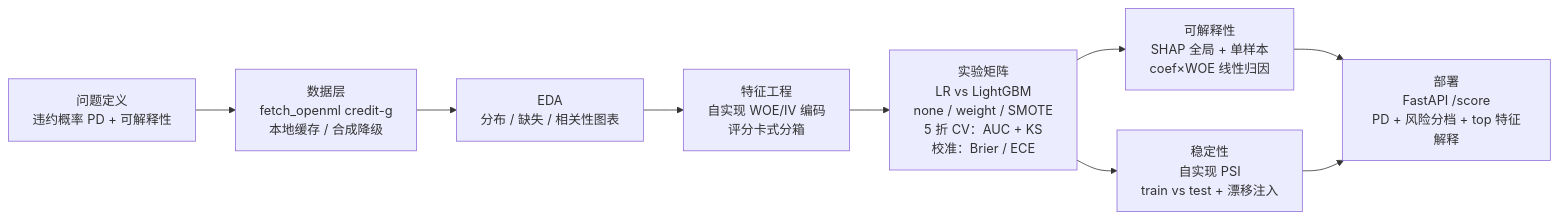
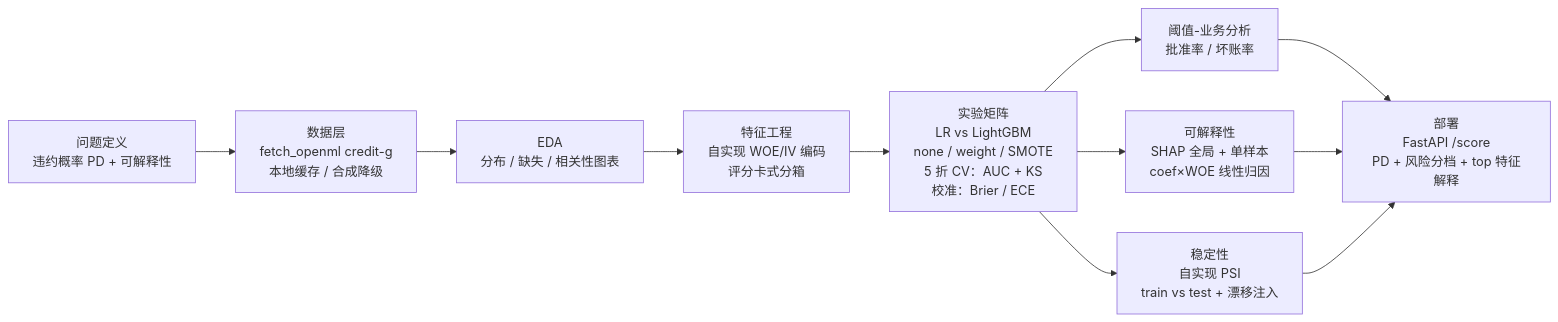
Before and after one commit to lii-lii321/credit-risk-modeling: the diagram in README.md, drawn with Mermaid. The commit also changed other lines of this file and 9 other files, not shown here.

````diff
--- a/README.md
+++ b/README.md
@@ -19,11 +19,13 @@
 ```mermaid
 flowchart LR
     A[问题定义<br/>违约概率 PD + 可解释性] --> B[数据层<br/>fetch_openml credit-g<br/>本地缓存 / 合成降级]
     B --> C[EDA<br/>分布 / 缺失 / 相关性图表]
     C --> D[特征工程<br/>自实现 WOE/IV 编码<br/>评分卡式分箱]
     D --> E[实验矩阵<br/>LR vs LightGBM<br/>none / weight / SMOTE<br/>5 折 CV：AUC + KS<br/>校准：Brier / ECE]
     E --> F[可解释性<br/>SHAP 全局 + 单样本<br/>coef×WOE 线性归因]
     E --> G[稳定性<br/>自实现 PSI<br/>train vs test + 漂移注入]
+    E --> T[阈值-业务分析<br/>批准率 / 坏账率]
+    T --> H
     F --> H[部署<br/>FastAPI /score<br/>PD + 风险分档 + top 特征解释]
     G --> H
 ```
````
